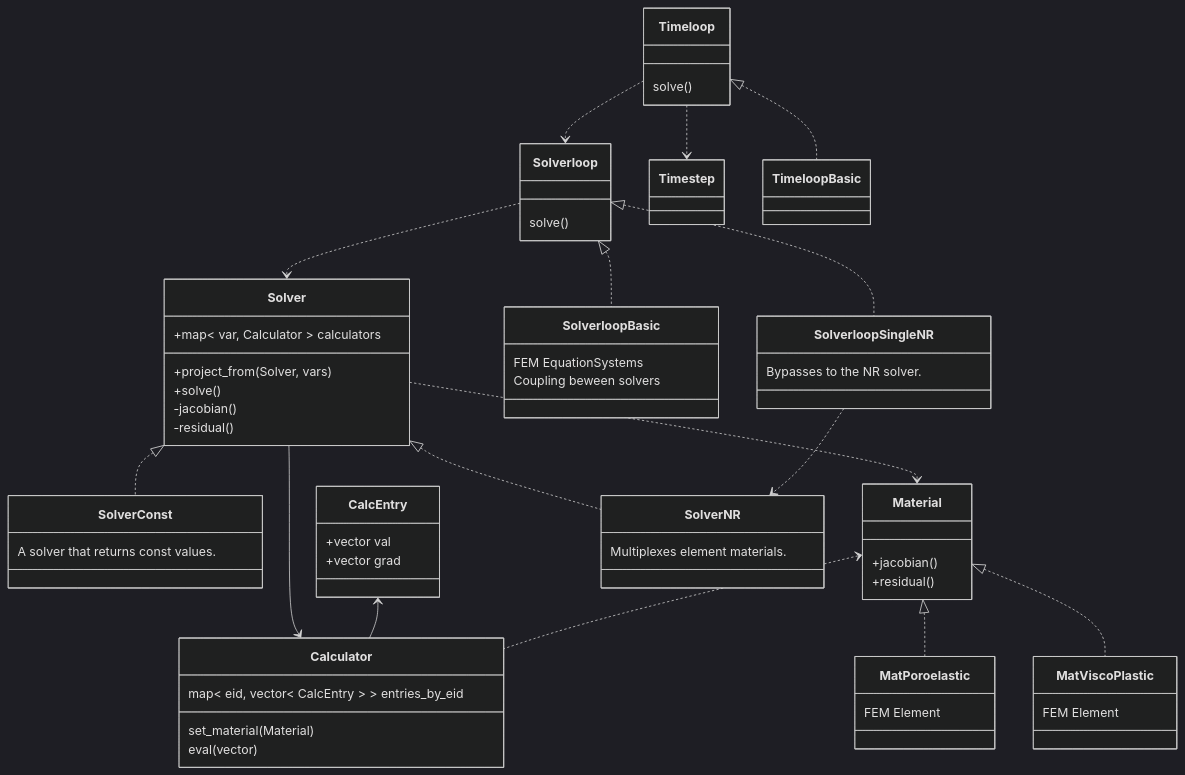
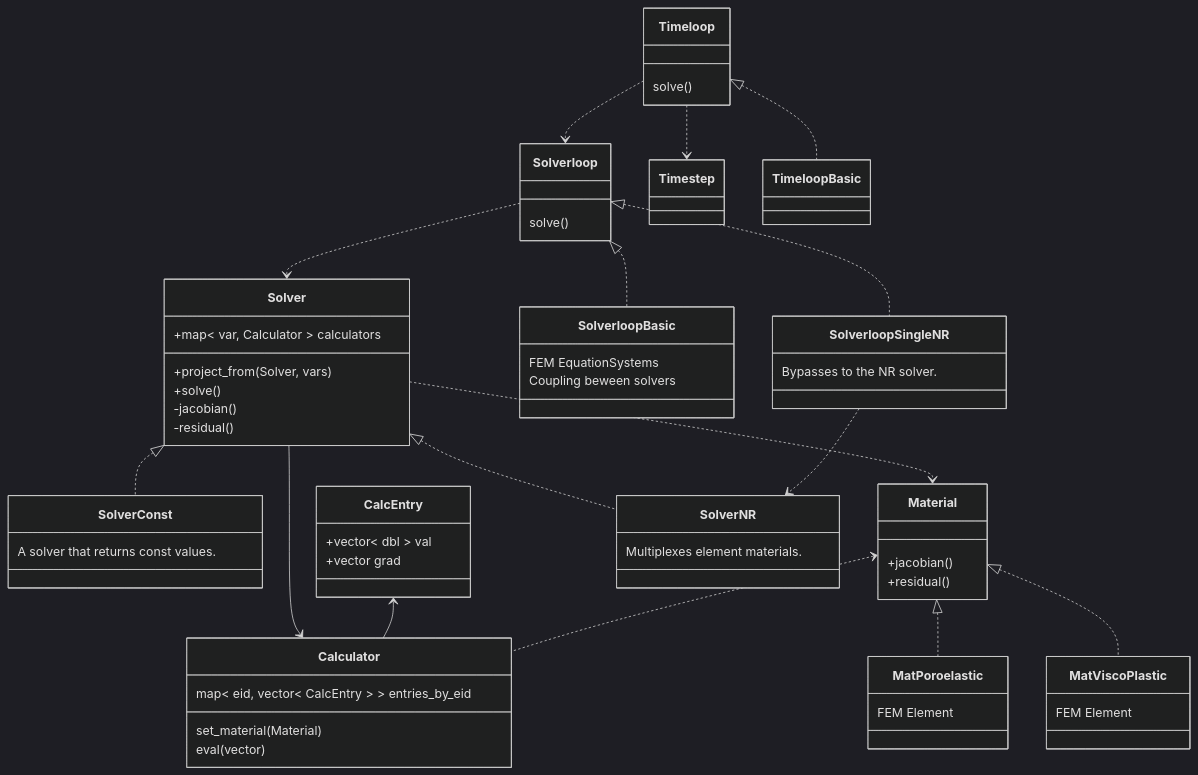
Before and after one commit to rebpoli/harpy: the diagram in include/README.md, drawn with Mermaid (dark theme).

```diff
--- a/include/README.md
+++ b/include/README.md
@@ -41,7 +41,7 @@
     }
 
     class CalcEntry {
-        +vector<dbl> val
+        +vector< dbl > val
         +vector<Point> grad
     }
     class Calculator {
```
